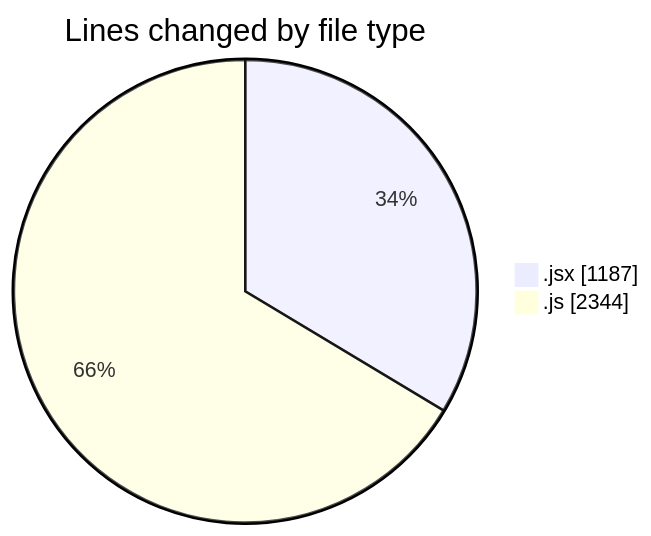
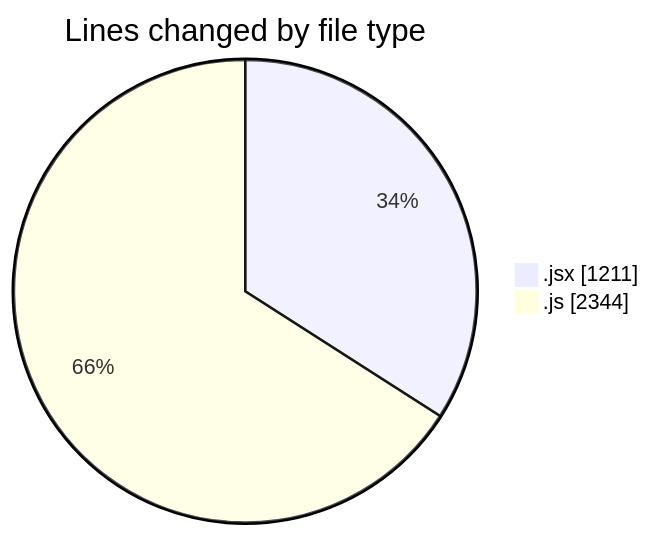
One commit to nxtqubesakshisongat/code-tracking changed the first of 2 diagrams in 2025-12-08/nxtqube_webapp/README.md. Above: the diagram before and after it, drawn with Mermaid. The commit also changed other lines of this file and 1 other file, not shown here.

````diff
--- a/2025-12-08/nxtqube_webapp/README.md
+++ b/2025-12-08/nxtqube_webapp/README.md
@@ -25,6 +25,6 @@
 ```mermaid
 pie showData
 title Lines changed by file type
-".jsx" : 1187
+".jsx" : 1211
 ".js" : 2344
 ```
````
